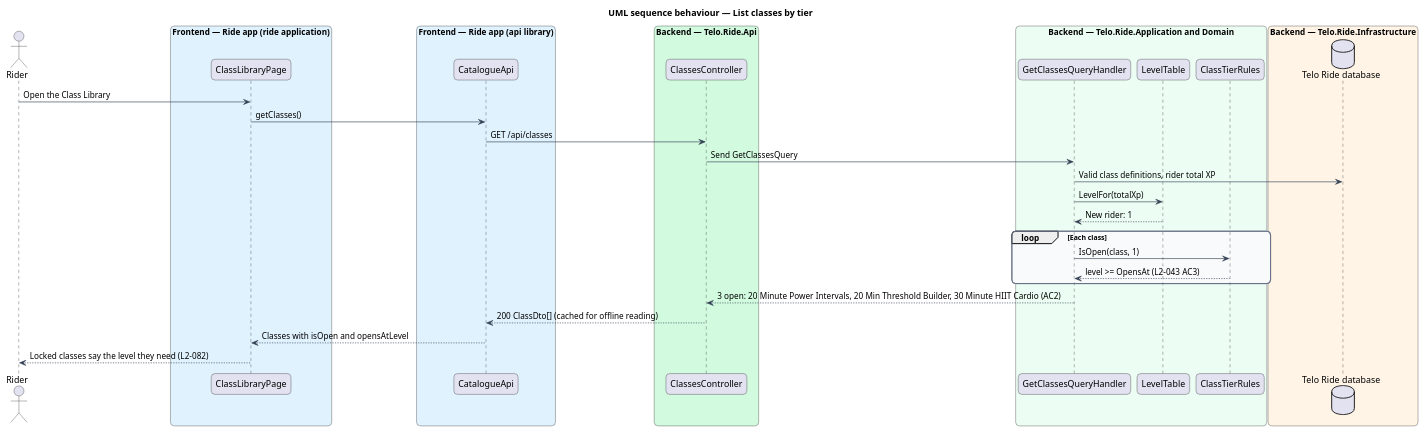
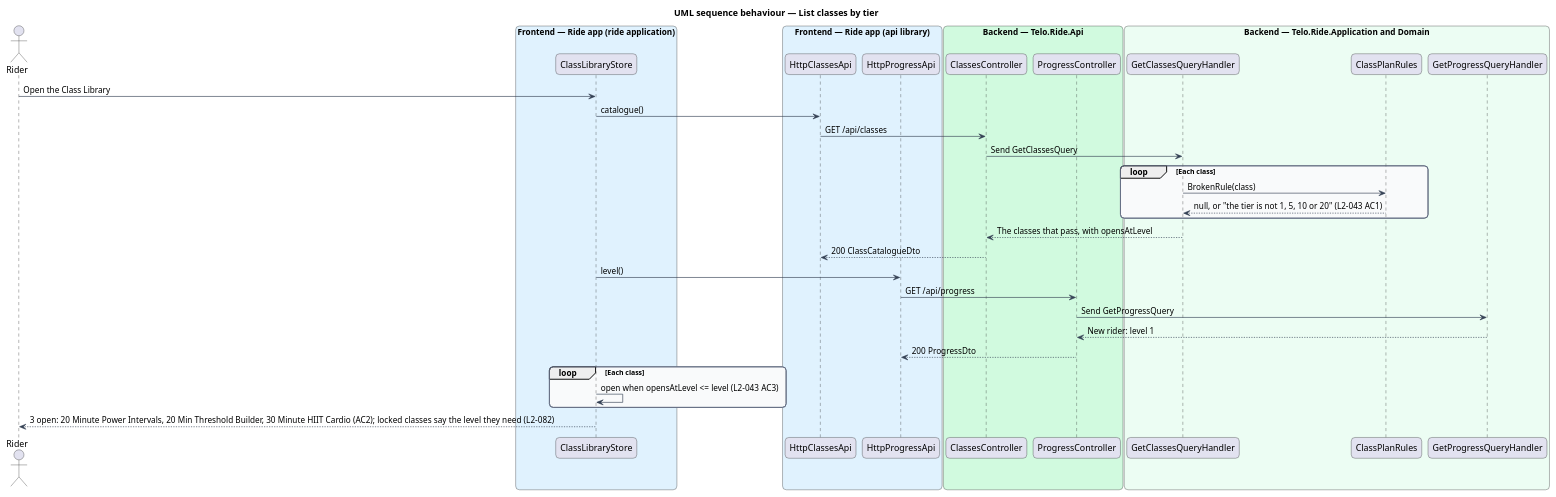
The diagram in docs/detailed-designs/progression/open-class-tiers/diagrams/sequence-list-classes-by-tier.puml (QuinntyneBrown/ride-one), drawn with PlantUML before and after one commit. The commit also changed 8 other files, not shown here.

```diff
--- a/docs/detailed-designs/progression/open-class-tiers/diagrams/sequence-list-classes-by-tier.puml
+++ b/docs/detailed-designs/progression/open-class-tiers/diagrams/sequence-list-classes-by-tier.puml
@@ -1,50 +1,53 @@
 @startuml
 title UML sequence behaviour — List classes by tier
 skinparam backgroundColor #FFFFFF
 skinparam shadowing false
 skinparam roundcorner 12
 skinparam defaultFontName Arial
 skinparam ArrowColor #344054
 skinparam rectangle {
   BorderColor #344054
   FontColor #101828
 }
 skinparam package {
   BorderColor #667085
   FontColor #101828
   BackgroundColor #F9FAFB
 }
 actor "Rider" as actor
 box "Frontend — Ride app (ride application)" #E0F2FE
-  participant "ClassLibraryPage" as page
+  participant "ClassLibraryStore" as page
 end box
 box "Frontend — Ride app (api library)" #E0F2FE
-  participant "CatalogueApi" as client
+  participant "HttpClassesApi" as client
+  participant "HttpProgressApi" as progress
 end box
 box "Backend — Telo.Ride.Api" #D1FADF
   participant "ClassesController" as ctrl
+  participant "ProgressController" as pctrl
 end box
 box "Backend — Telo.Ride.Application and Domain" #ECFDF3
   participant "GetClassesQueryHandler" as handler
-  participant "LevelTable" as levels
-  participant "ClassTierRules" as tiers
-end box
-box "Backend — Telo.Ride.Infrastructure" #FFF4E5
-  database "Telo Ride database" as db
+  participant "ClassPlanRules" as plan
+  participant "GetProgressQueryHandler" as phandler
 end box
 actor -> page : Open the Class Library
-page -> client : getClasses()
+page -> client : catalogue()
 client -> ctrl : GET /api/classes
 ctrl -> handler : Send GetClassesQuery
-handler -> db : Valid class definitions, rider total XP
-handler -> levels : LevelFor(totalXp)
-levels --> handler : New rider: 1
 loop Each class
-  handler -> tiers : IsOpen(class, 1)
-  tiers --> handler : level >= OpensAt (L2-043 AC3)
+  handler -> plan : BrokenRule(class)
+  plan --> handler : null, or "the tier is not 1, 5, 10 or 20" (L2-043 AC1)
 end
-handler --> ctrl : 3 open: 20 Minute Power Intervals, 20 Min Threshold Builder, 30 Minute HIIT Cardio (AC2)
-ctrl --> client : 200 ClassDto[] (cached for offline reading)
-client --> page : Classes with isOpen and opensAtLevel
-page --> actor : Locked classes say the level they need (L2-082)
+handler --> ctrl : The classes that pass, with opensAtLevel
+ctrl --> client : 200 ClassCatalogueDto
+page -> progress : level()
+progress -> pctrl : GET /api/progress
+pctrl -> phandler : Send GetProgressQuery
+phandler --> pctrl : New rider: level 1
+pctrl --> progress : 200 ProgressDto
+loop Each class
+  page -> page : open when opensAtLevel <= level (L2-043 AC3)
+end
+page --> actor : 3 open: 20 Minute Power Intervals, 20 Min Threshold Builder, 30 Minute HIIT Cardio (AC2); locked classes say the level they need (L2-082)
 @enduml
```
